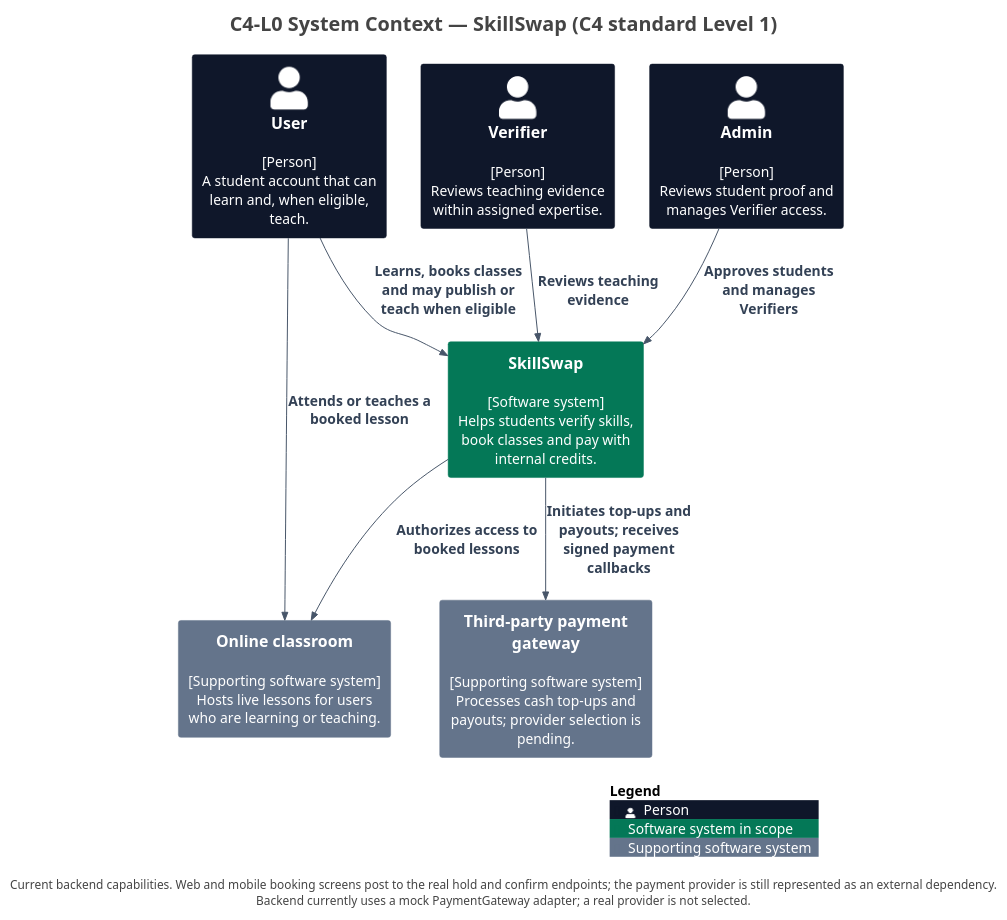
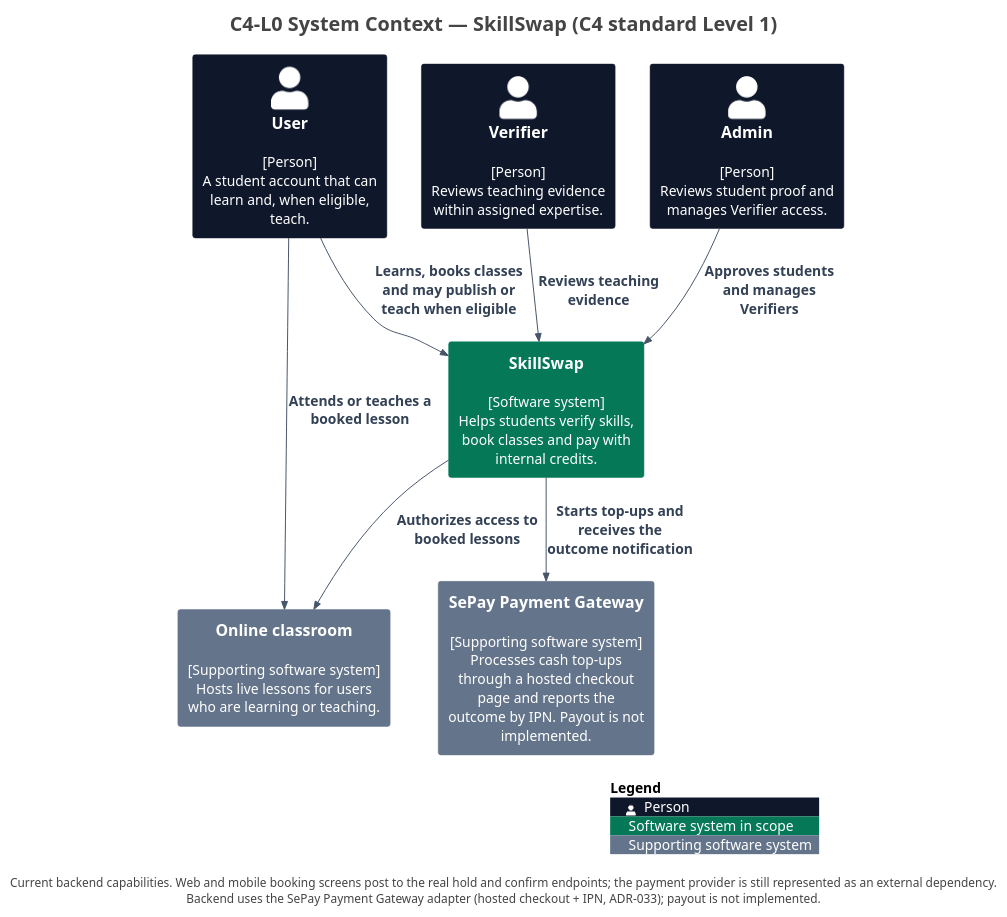
The diagram in docs/diagrams/c4/source/structurizr-SystemContext.puml (trankien022/SkillSwap), drawn with PlantUML before and after one commit. The commit also changed 97 other files, not shown here.

First line of the commit message:
feat(wallet): FR-008 top-up via SePay Payment Gateway (ADR-033) (#85)

```diff
--- a/docs/diagrams/c4/source/structurizr-SystemContext.puml
+++ b/docs/diagrams/c4/source/structurizr-SystemContext.puml
@@ -1,50 +1,50 @@
 @startuml
 title C4-L0 System Context — SkillSwap (C4 standard Level 1)
 
 set separator none
 top to bottom direction
 
 <style>
   root {
     BackgroundColor: #ffffff
     FontColor: #444444
   }
 </style>
 
 !include <C4/C4>
 !include <C4/C4_Context>
 
 ' Presentation only: model elements and relationships come from workspace.dsl.
 skinparam defaultFontName Arial
 skinparam defaultFontSize 14
 skinparam shadowing false
 skinparam nodesep 35
 skinparam ranksep 45
 skinparam footerFontSize 12
 skinparam titleFontSize 20
 UpdateElementStyle("person", $bgColor="#0F172A", $fontColor="#FFFFFF", $borderColor="#0F172A", $legendText="Person")
 UpdateElementStyle("system", $bgColor="#047857", $fontColor="#FFFFFF", $borderColor="#047857", $legendText="Software system in scope")
 UpdateElementStyle("external_system", $bgColor="#64748B", $fontColor="#FFFFFF", $borderColor="#64748B", $legendText="Supporting software system")
 UpdateElementStyle("container", $bgColor="#047857", $fontColor="#FFFFFF", $borderColor="#047857", $legendText="Application or data store")
 UpdateRelStyle($lineColor="#475569", $textColor="#334155")
 
 together {
   Person(User, "User", $descr="[Person]\nA student account that can learn and, when eligible, teach.", $tags="", $link="")
   Person(Verifier, "Verifier", $descr="[Person]\nReviews teaching evidence within assigned expertise.", $tags="", $link="")
   Person(Admin, "Admin", $descr="[Person]\nReviews student proof and manages Verifier access.", $tags="", $link="")
 }
 
 System_Ext(Onlineclassroom, "Online classroom", $descr="[Supporting software system]\nHosts live lessons for users who are learning or teaching.", $tags="", $link="")
-System_Ext(Paymentgateway, "Third-party payment gateway", $descr="[Supporting software system]\nProcesses cash top-ups and payouts; provider selection is pending.", $tags="", $link="")
+System_Ext(Paymentgateway, "SePay Payment Gateway", $descr="[Supporting software system]\nProcesses cash top-ups through a hosted checkout page and reports the outcome by IPN. Payout is not implemented.", $tags="", $link="")
 System(SkillSwap, "SkillSwap", $descr="[Software system]\nHelps students verify skills, book classes and pay with internal credits.", $tags="", $link="")
 
 Rel(User, SkillSwap, "Learns, books classes and may publish or teach when eligible")
 Rel(Verifier, SkillSwap, "Reviews teaching evidence")
 Rel(Admin, SkillSwap, "Approves students and manages Verifiers")
 Rel(SkillSwap, Onlineclassroom, "Authorizes access to booked lessons")
 Rel(User, Onlineclassroom, "Attends or teaches a booked lesson")
-Rel(SkillSwap, Paymentgateway, "Initiates top-ups and payouts; receives signed payment callbacks")
+Rel(SkillSwap, Paymentgateway, "Starts top-ups and receives the outcome notification")
 
 SHOW_LEGEND()
-footer Current backend capabilities. Web and mobile booking screens post to the real hold and confirm endpoints; the payment provider is still represented as an external dependency.\nBackend currently uses a mock PaymentGateway adapter; a real provider is not selected.
+footer Current backend capabilities. Web and mobile booking screens post to the real hold and confirm endpoints; the payment provider is still represented as an external dependency.\nBackend uses the SePay Payment Gateway adapter (hosted checkout + IPN, ADR-033); payout is not implemented.
 @enduml
```
